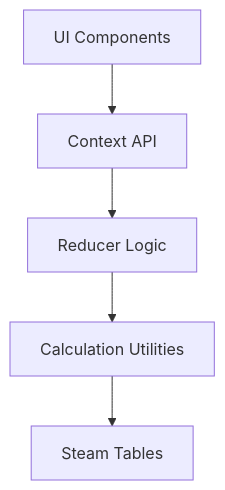
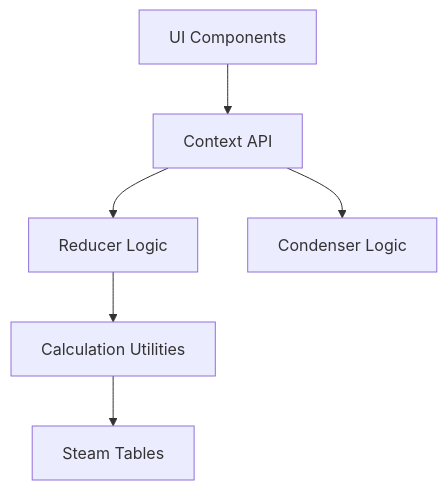
Before and after one commit to NarubyRiverlione/steamboiler: the first of 3 diagrams in memory-bank/systemPatterns.md, drawn with Mermaid. The commit also changed other lines of this file and 2 other files, not shown here.

````diff
--- a/memory-bank/systemPatterns.md
+++ b/memory-bank/systemPatterns.md
@@ -7,7 +7,8 @@
 ```mermaid
 flowchart TD
     UI[UI Components] --> Context[Context API]
     Context --> Reducer[Reducer Logic]
     Reducer --> Calculations[Calculation Utilities]
     Calculations --> SteamTables[Steam Tables]
+    Context --> Condenser[Condenser Logic]
 ```
````
